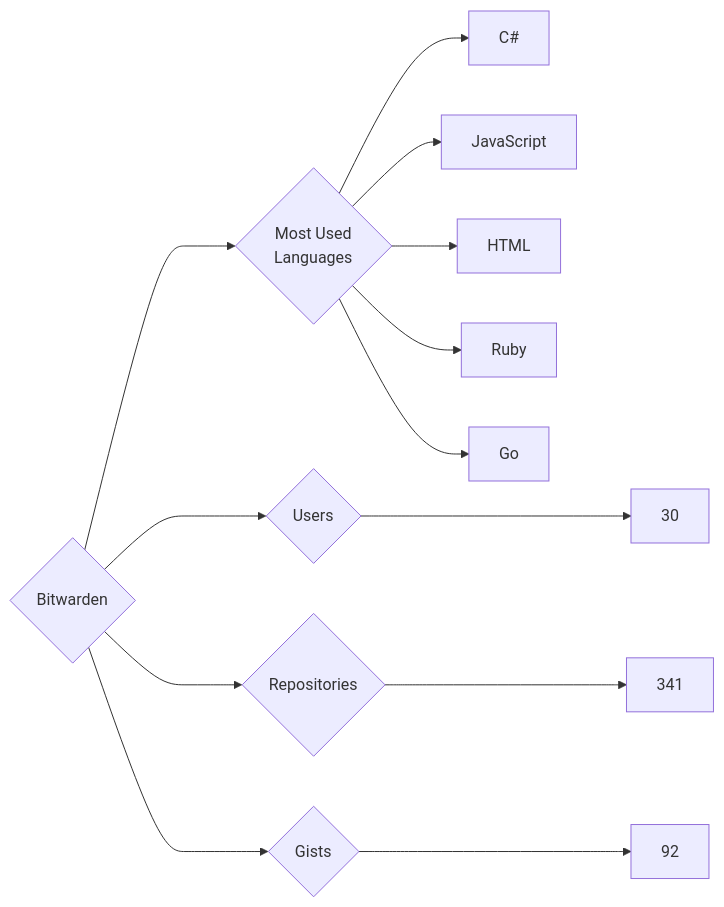
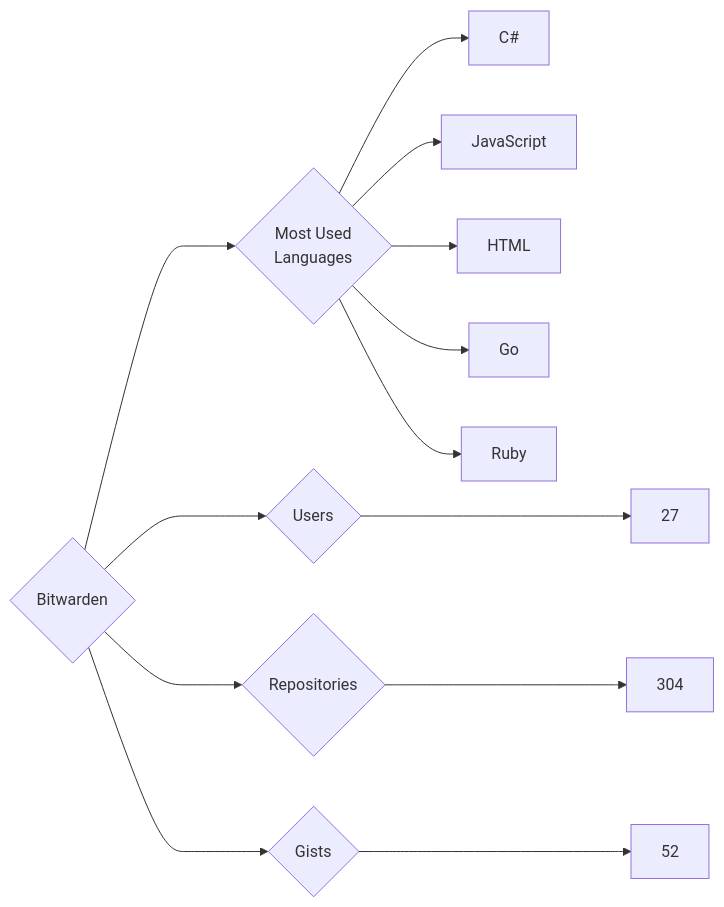
The diagram in targets/Bitwarden/README.md (trickest/insiders), drawn with Mermaid before and after one commit. The commit also changed 845 other files, not shown here.

````diff
--- a/targets/Bitwarden/README.md
+++ b/targets/Bitwarden/README.md
@@ -3,13 +3,13 @@
 ```mermaid
 graph LR
 COMPANY_NAME{Bitwarden}
-COMPANY_NAME ---> U{Users} ---> UN[30]
-COMPANY_NAME ---> R{Repositories} ---> RN[341]
-COMPANY_NAME ---> G{Gists} ---> GN[92]
+COMPANY_NAME ---> U{Users} ---> UN[27]
+COMPANY_NAME ---> R{Repositories} ---> RN[304]
+COMPANY_NAME ---> G{Gists} ---> GN[52]
 COMPANY_NAME ---> ML{Most Used<br>Languages}
 ML --> C#[C#]
 ML --> JavaScript[JavaScript]
 ML --> HTML[HTML]
+ML --> Go[Go]
 ML --> Ruby[Ruby]
-ML --> Go[Go]
 ```
````
